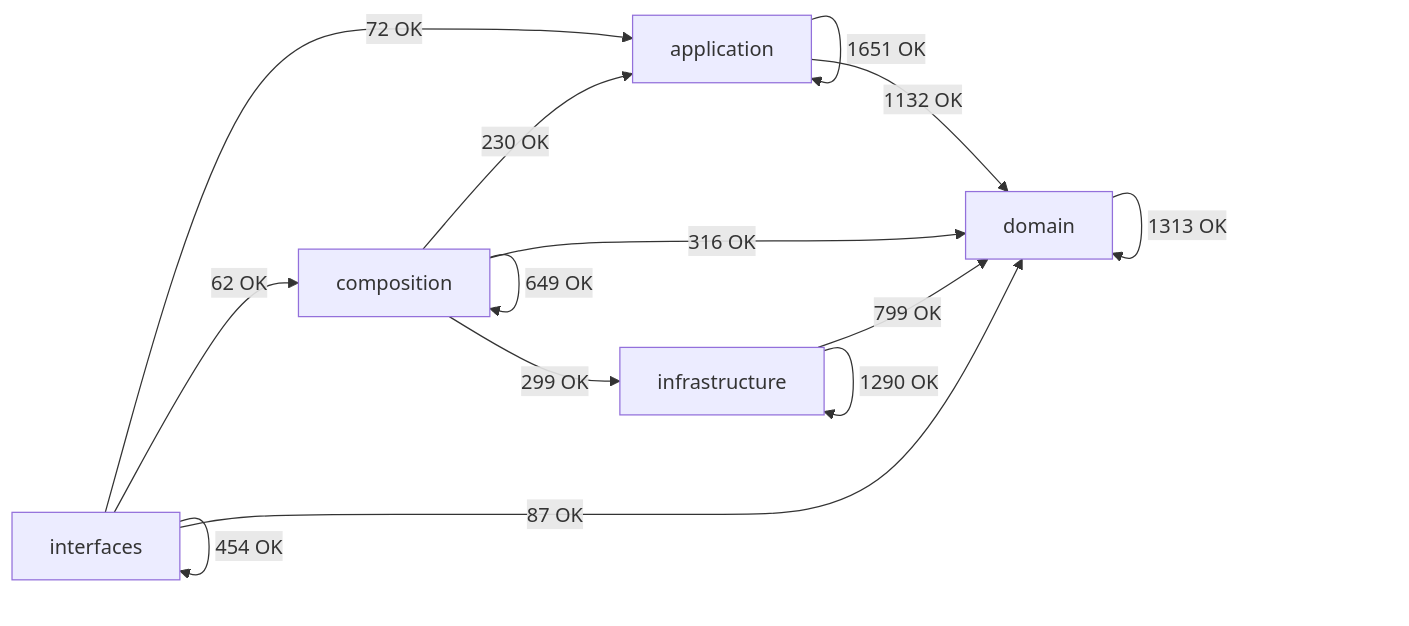
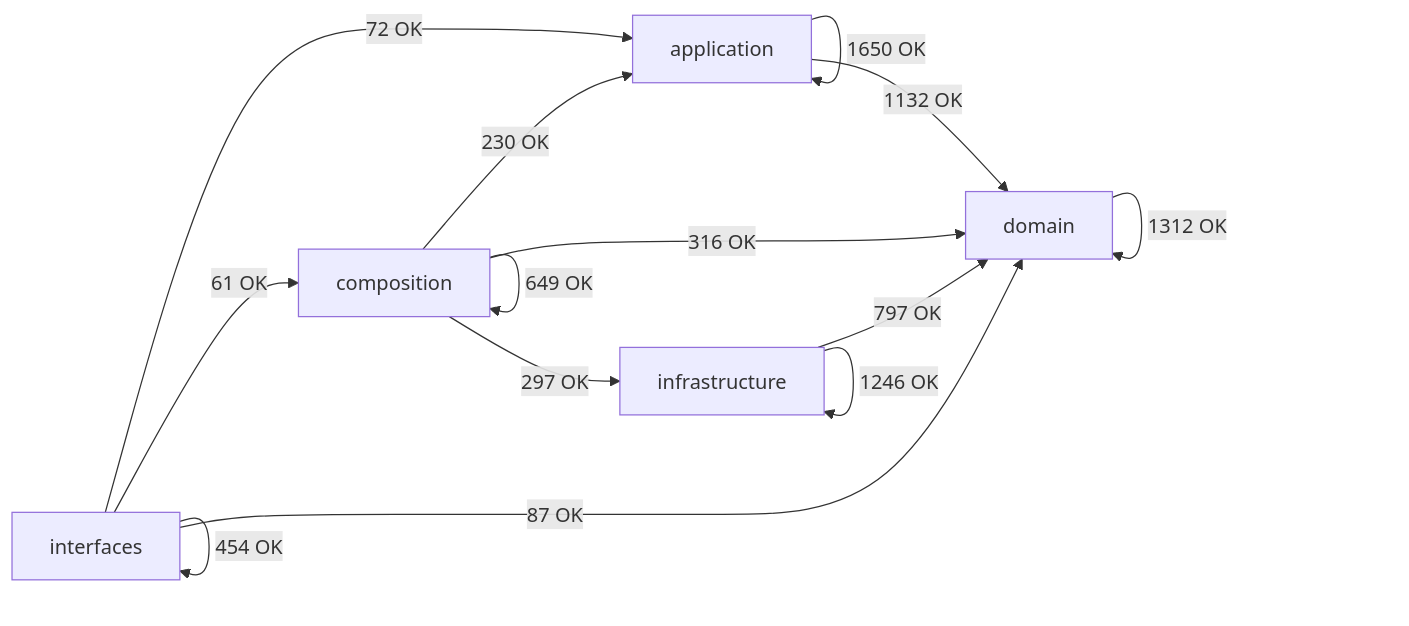
Before and after one commit to SatoryKono/BioactivityDataAcquisition: the diagram in docs/02-architecture/generated/module-dependency-map.md, drawn with Mermaid. The commit also changed other lines of this file and 371 other files, not shown here.

````diff
--- a/docs/02-architecture/generated/module-dependency-map.md
+++ b/docs/02-architecture/generated/module-dependency-map.md
@@ -17,21 +17,21 @@
 ```mermaid
 flowchart LR
     domain[domain]
     application[application]
     infrastructure[infrastructure]
     composition[composition]
     interfaces[interfaces]
-    application -->|1651 OK| application
+    application -->|1650 OK| application
     application -->|1132 OK| domain
     composition -->|230 OK| application
     composition -->|649 OK| composition
     composition -->|316 OK| domain
-    composition -->|299 OK| infrastructure
-    domain -->|1313 OK| domain
-    infrastructure -->|799 OK| domain
-    infrastructure -->|1290 OK| infrastructure
+    composition -->|297 OK| infrastructure
+    domain -->|1312 OK| domain
+    infrastructure -->|797 OK| domain
+    infrastructure -->|1246 OK| infrastructure
     interfaces -->|72 OK| application
-    interfaces -->|62 OK| composition
+    interfaces -->|61 OK| composition
     interfaces -->|87 OK| domain
     interfaces -->|454 OK| interfaces
 ```
````
